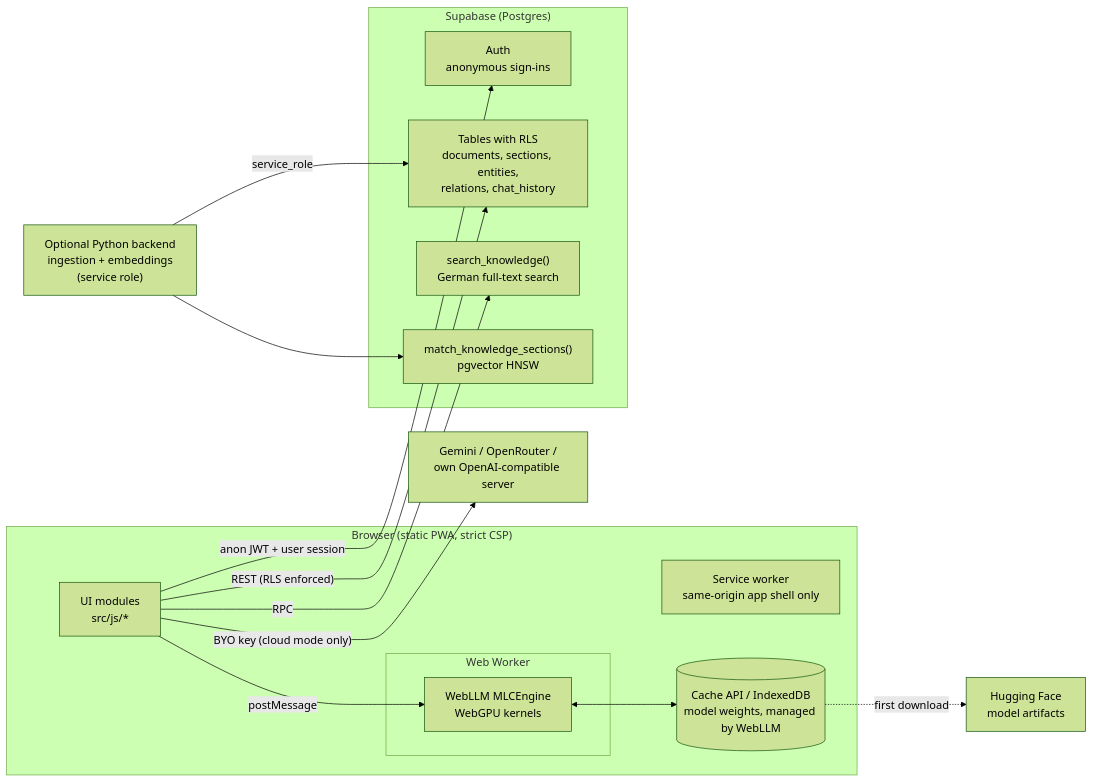
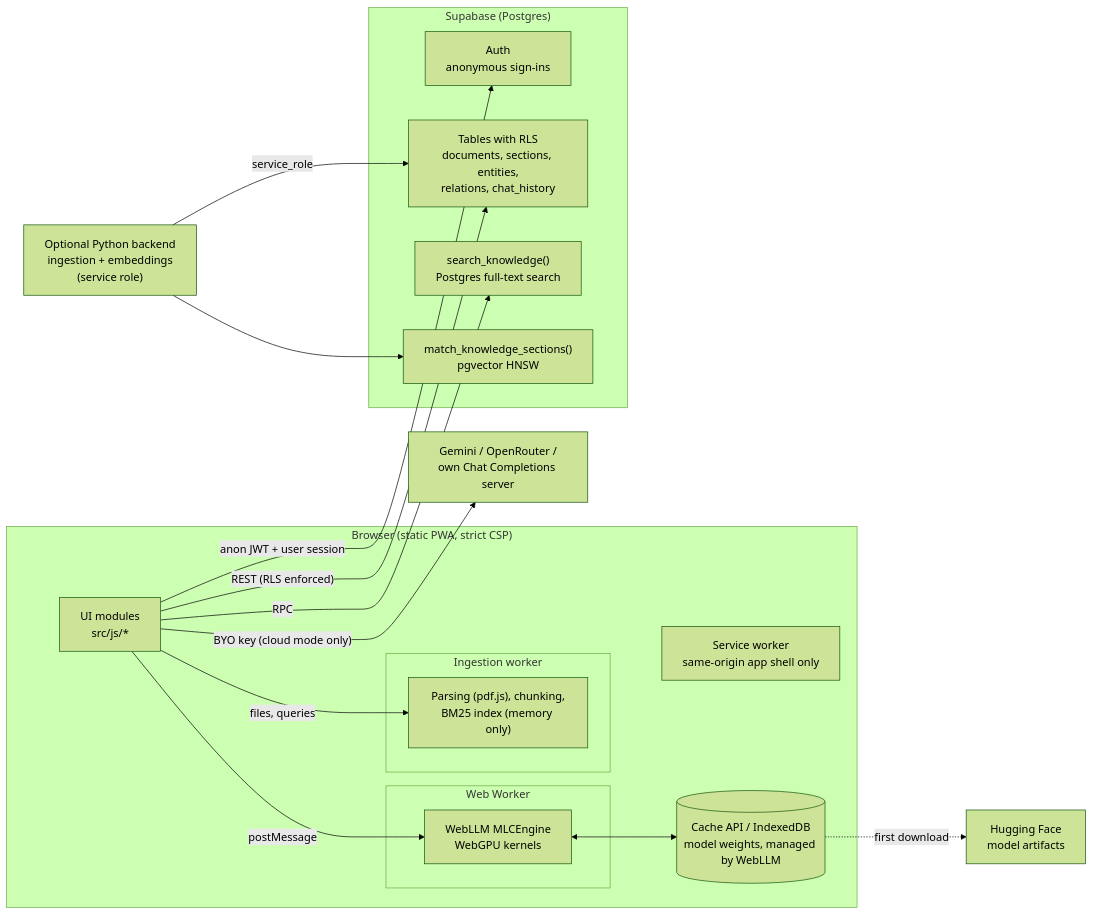
Before and after one commit to umutcantezgel-cpu/Starpi: the diagram in README.md, drawn with Mermaid (forest theme). The commit also changed other lines of this file and 2 other files, not shown here.

````diff
--- a/README.md
+++ b/README.md
@@ -28,32 +68,36 @@
 ```mermaid
 flowchart LR
     subgraph Browser["Browser (static PWA, strict CSP)"]
         UI["UI modules<br/>src/js/*"]
         SW["Service worker<br/>same-origin app shell only"]
         subgraph Worker["Web Worker"]
             LLM["WebLLM MLCEngine<br/>WebGPU kernels"]
         end
+        subgraph Ingest["Ingestion worker"]
+            RAG["Parsing (pdf.js), chunking,<br/>BM25 index (memory only)"]
+        end
         Cache[("Cache API / IndexedDB<br/>model weights, managed by WebLLM")]
     end
 
     subgraph Supabase["Supabase (Postgres)"]
         Auth["Auth<br/>anonymous sign-ins"]
         RLS["Tables with RLS<br/>documents, sections, entities,<br/>relations, chat_history"]
-        FTS["search_knowledge()<br/>German full-text search"]
+        FTS["search_knowledge()<br/>Postgres full-text search"]
         Vec["match_knowledge_sections()<br/>pgvector HNSW"]
     end
 
     Backend["Optional Python backend<br/>ingestion + embeddings<br/>(service role)"]
     HF["Hugging Face<br/>model artifacts"]
-    Providers["Gemini / OpenRouter /<br/>own OpenAI-compatible server"]
+    Providers["Gemini / OpenRouter /<br/>own Chat Completions server"]
 
     UI -- "postMessage" --> LLM
+    UI -- "files, queries" --> RAG
     LLM <--> Cache
     Cache -. "first download" .-> HF
     UI -- "anon JWT + user session" --> Auth
     UI -- "REST (RLS enforced)" --> RLS
     UI -- "RPC" --> FTS
     UI -- "BYO key (cloud mode only)" --> Providers
     Backend -- "service_role" --> RLS
     Backend --> Vec
 ```
````
